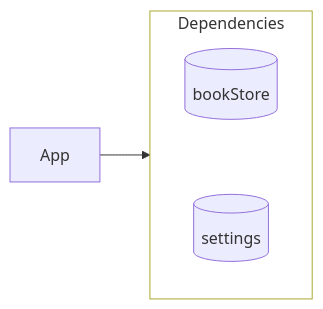
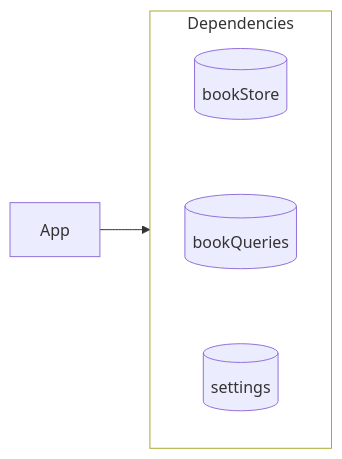
The third of 4 diagrams in hypermodular/scripts/fixtures/clean/APP-MAP.md (sisoje/hypermodular), drawn with Mermaid before and after one commit. The commit also changed other lines of this file and 26 other files, not shown here.

````diff
--- a/hypermodular/scripts/fixtures/clean/APP-MAP.md
+++ b/hypermodular/scripts/fixtures/clean/APP-MAP.md
@@ -41,13 +43,14 @@
 ```mermaid
 %% Root: App · Dependencies
 flowchart LR
     subgraph Dependencies
         direction TB
         bookStore[(bookStore)]
+        bookQueries[(bookQueries)]
         settings[(settings)]
-        bookStore ~~~ settings
+        bookStore ~~~ bookQueries ~~~ settings
     end
     App --> Dependencies
     classDef deps fill:none
     class Dependencies deps
 ```
````
